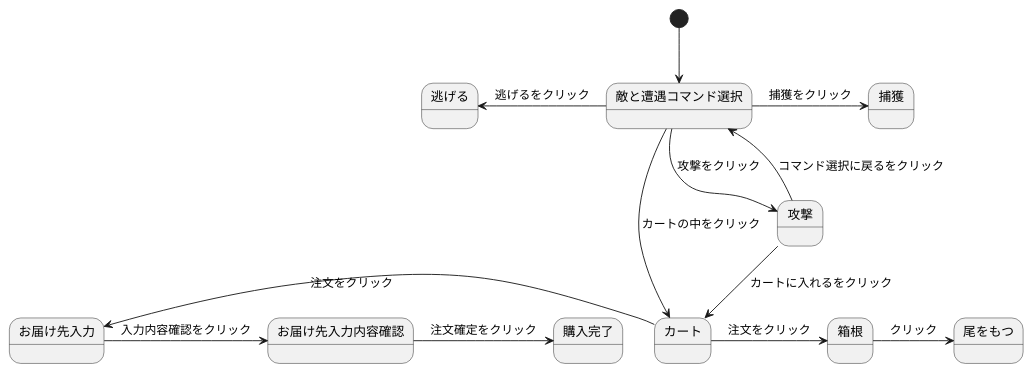
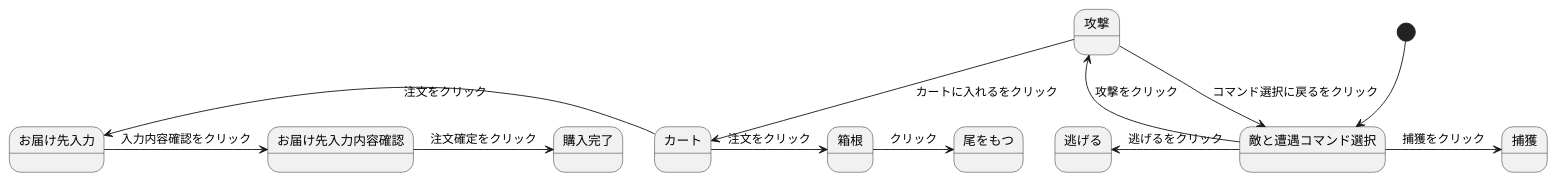
One commit to Aso2001196/2021sys-design changed the diagram in stm01.md. Above: the diagram before and after it, drawn with PlantUML.

````diff
--- a/stm01.md
+++ b/stm01.md
@@ -1,16 +1,15 @@
 ```uml
 @startuml
 [*]--> 敵と遭遇コマンド選択
 敵と遭遇コマンド選択 -> 捕獲 : 捕獲をクリック
 敵と遭遇コマンド選択-left-> 逃げる : 逃げるをクリック
 敵と遭遇コマンド選択--> 攻撃 : 攻撃をクリック
-敵と遭遇コマンド選択--> カート : カートの中をクリック
 攻撃 --> カート : カートに入れるをクリック
 攻撃 --> 敵と遭遇コマンド選択: コマンド選択に戻るをクリック
 カート -> 箱根 : 注文をクリック
 箱根 -> 尾をもつ : クリック
 カート -left-> お届け先入力 : 注文をクリック
 お届け先入力 -> お届け先入力内容確認 : 入力内容確認をクリック
 お届け先入力内容確認 -> 購入完了 : 注文確定をクリック
 @enduml
 ```
````
